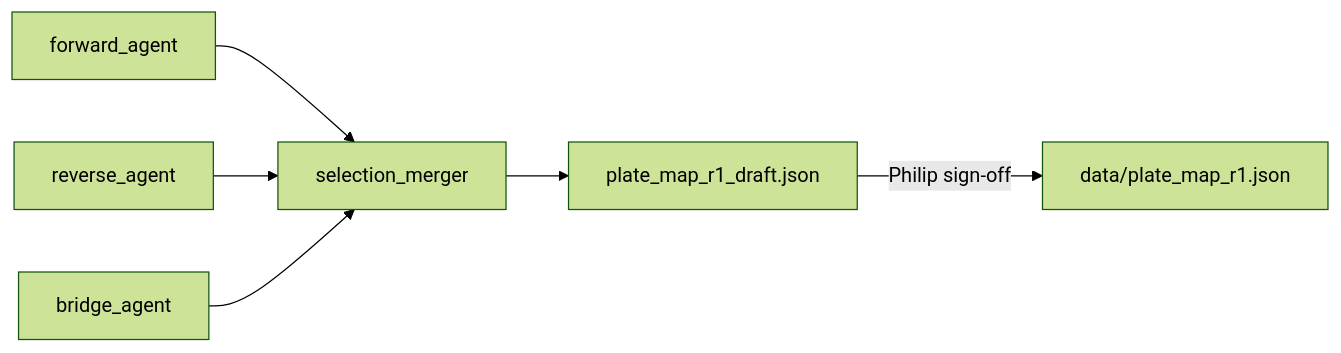
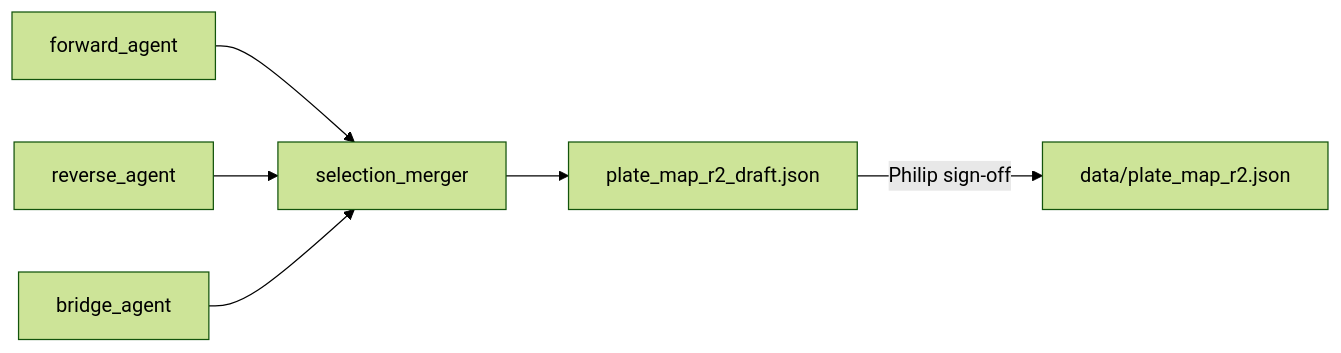
One commit to pvjthomas/beta-loop changed the fourth of 7 diagrams in DIAGRAMS.md. Above: the diagram before and after it, drawn with Mermaid (forest theme). The commit also changed other lines of this file and 14 other files, not shown here.

````diff
--- a/DIAGRAMS.md
+++ b/DIAGRAMS.md
@@ -120,8 +120,8 @@
 ```mermaid
 flowchart LR
   F[forward_agent] --> M[selection_merger]
   R[reverse_agent] --> M
   B[bridge_agent] --> M
-  M --> D[plate_map_r1_draft.json]
-  D -->|"Philip sign-off"| P[data/plate_map_r1.json]
+  M --> D[plate_map_r2_draft.json]
+  D -->|"Philip sign-off"| P[data/plate_map_r2.json]
 ```
````
